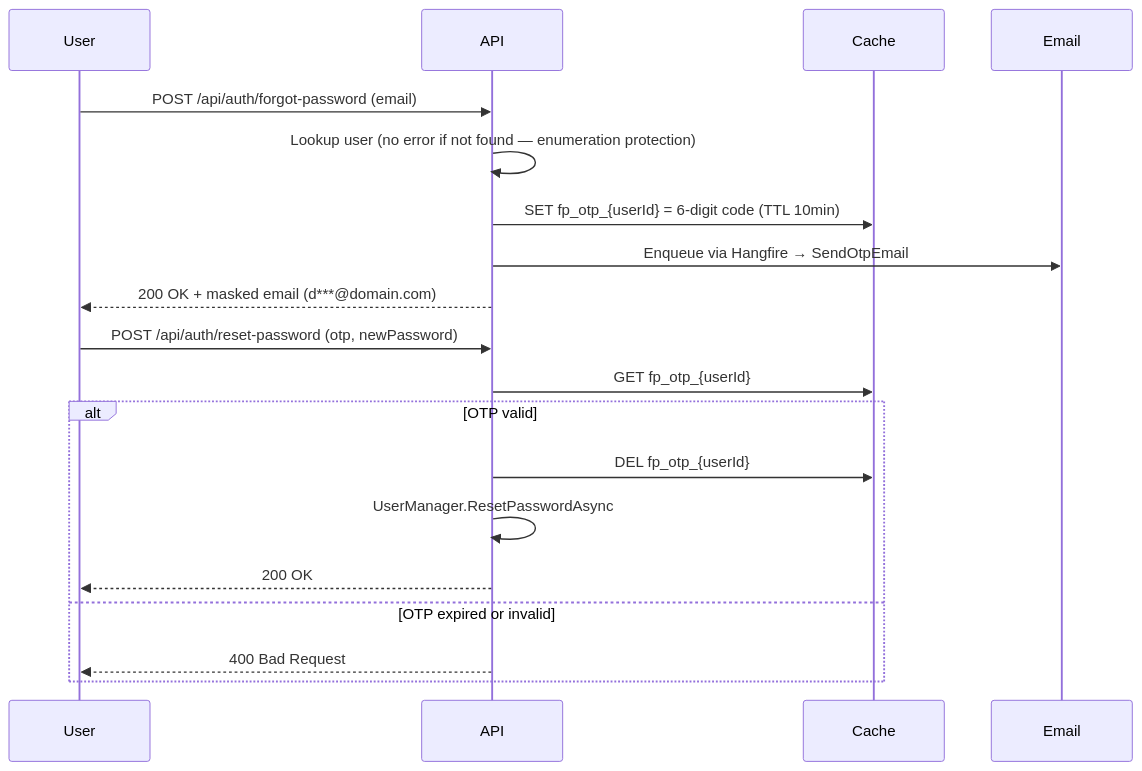
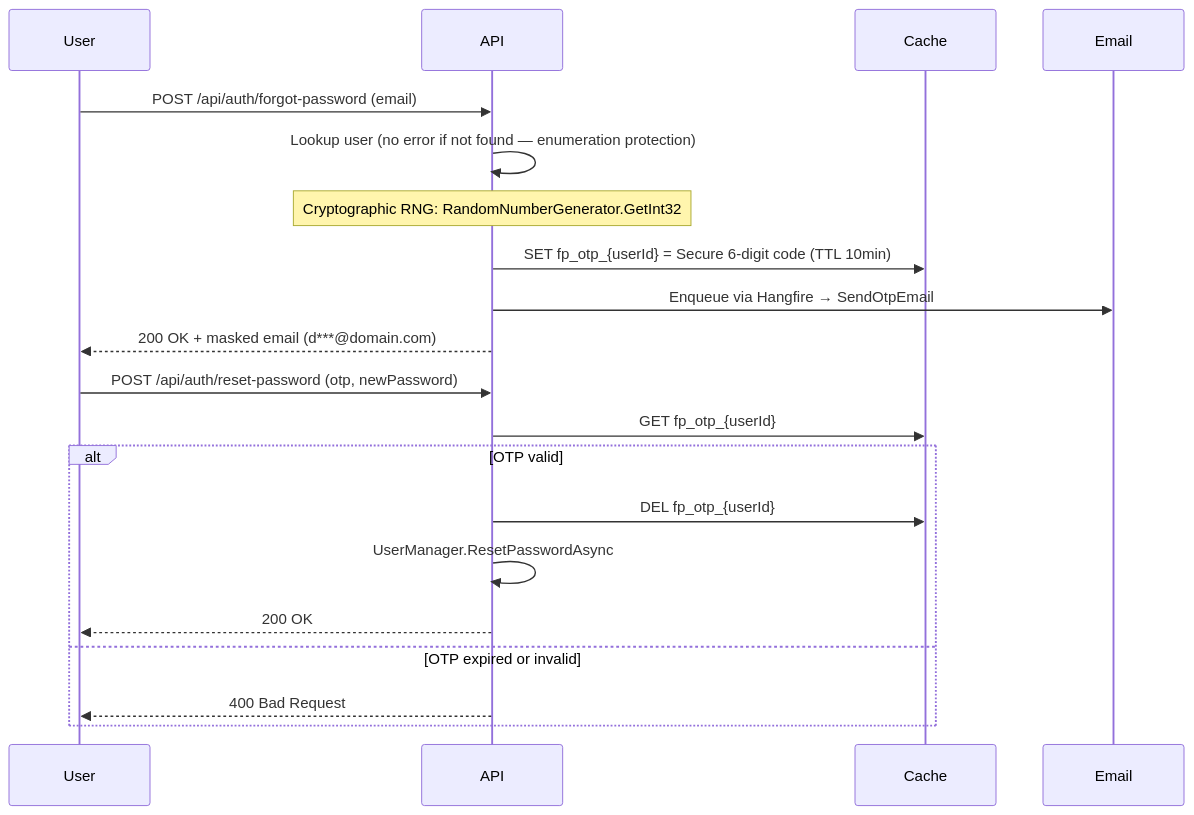
Before and after one commit to KyloReb/FinanceManagementConsole: the third of 5 diagrams in Documentation/security_audit_lifecycle.md, drawn with Mermaid. The commit also changed other lines of this file and 38 other files, not shown here.

````diff
--- a/Documentation/security_audit_lifecycle.md
+++ b/Documentation/security_audit_lifecycle.md
@@ -52,23 +52,24 @@
 ```mermaid
 sequenceDiagram
     participant User
     participant API
     participant Cache
     participant Email
 
     User->>API: POST /api/auth/forgot-password (email)
     API->>API: Lookup user (no error if not found — enumeration protection)
-    API->>Cache: SET fp_otp_{userId} = 6-digit code (TTL 10min)
+    Note over API: Cryptographic RNG: RandomNumberGenerator.GetInt32
+    API->>Cache: SET fp_otp_{userId} = Secure 6-digit code (TTL 10min)
     API->>Email: Enqueue via Hangfire → SendOtpEmail
     API-->>User: 200 OK + masked email (d***@domain.com)
 
     User->>API: POST /api/auth/reset-password (otp, newPassword)
     API->>Cache: GET fp_otp_{userId}
     alt OTP valid
         API->>Cache: DEL fp_otp_{userId}
         API->>API: UserManager.ResetPasswordAsync
         API-->>User: 200 OK
     else OTP expired or invalid
         API-->>User: 400 Bad Request
     end
 ```
````
